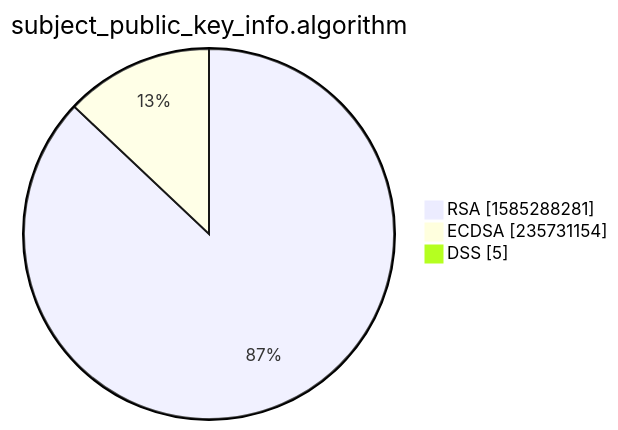
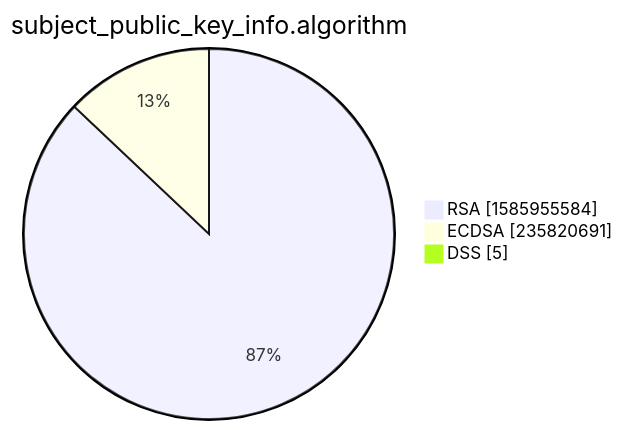
Before and after one commit to christiankrug/ctmonitor_visualization: the third of 15 diagrams in xenon2022/README.md, drawn with Mermaid. The commit also changed other lines of this file, not shown here.

````diff
--- a/xenon2022/README.md
+++ b/xenon2022/README.md
@@ -14,7 +14,7 @@
 ```mermaid
 pie showData
 title subject_public_key_info.algorithm
-"RSA" :1585288281
-"ECDSA" :235731154
+"RSA" :1585955584
+"ECDSA" :235820691
 "DSS" :5
 ```
````
